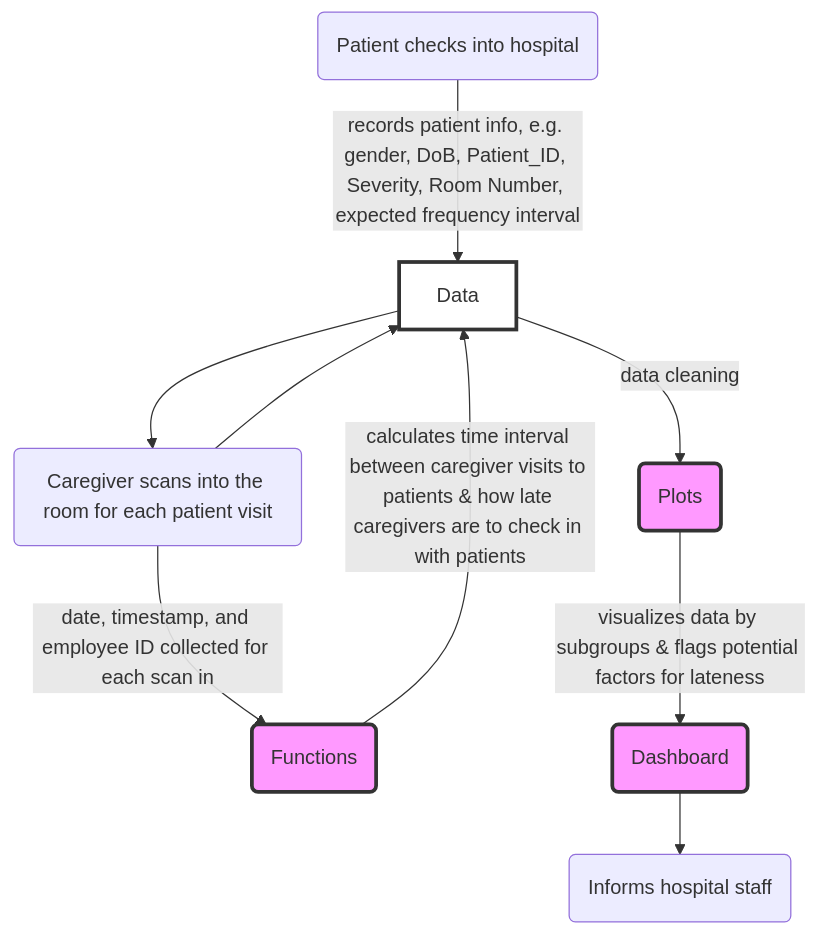
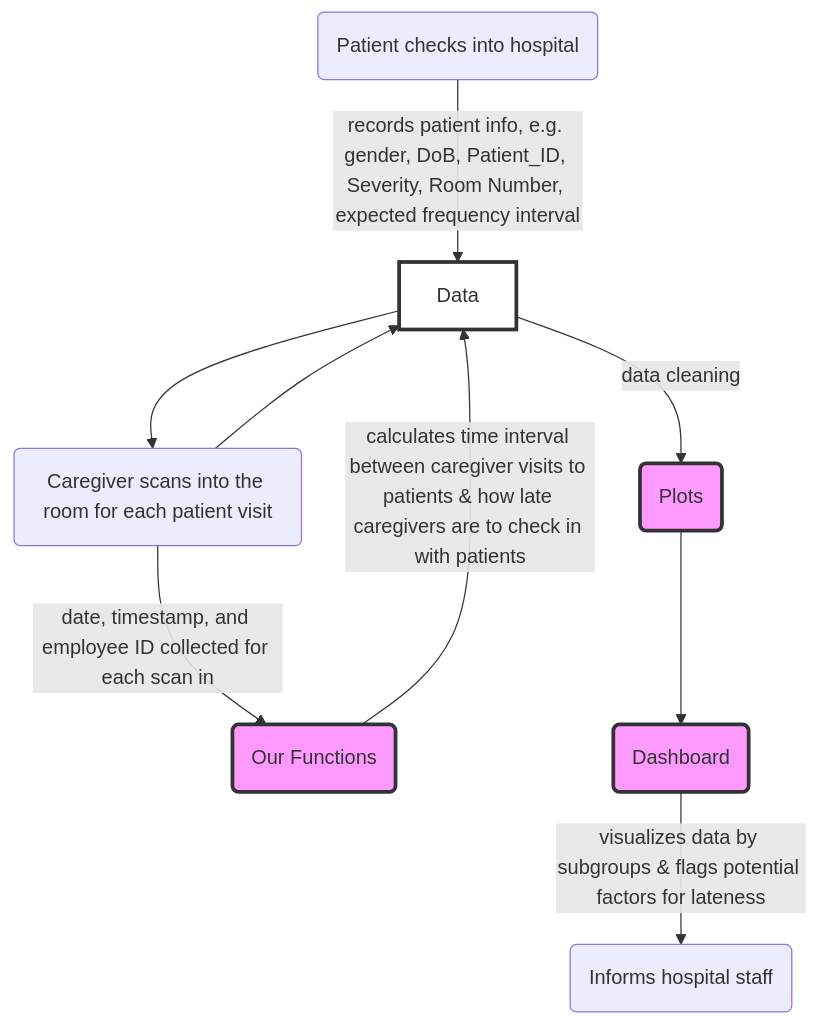
The diagram in README.md (ZibinSong/SYSEN-5300-HACKATHON---Tim-s-Left-Foot-), drawn with Mermaid before and after one commit.

```diff
--- a/README.md
+++ b/README.md
@@ -54,16 +54,16 @@
 ~~~mermaid
 flowchart TD
     A(Patient checks into hospital) -->|records patient info, e.g. gender, DoB, Patient_ID, Severity, Room Number, expected frequency interval| B[Data]
     B --> C(Caregiver scans into the room for each patient visit)
-    C --> |date, timestamp, and employee ID collected for each scan in| D(Functions)
+    C --> |date, timestamp, and employee ID collected for each scan in| D(Our Functions)
     C --> B
     D --> |calculates time interval between caregiver visits to patients & how late caregivers are to check in with patients|B
     B --> |data cleaning|E(Plots)
-    E --> |visualizes data by subgroups & flags potential factors for lateness|F(Dashboard)
-    F --> G(Informs hospital staff)
+    E --> F(Dashboard)
+    F --> |visualizes data by subgroups & flags potential factors for lateness| G(Informs hospital staff)
 
    style D fill:#f9f,stroke:#333,stroke-width:3px
       style E fill:#f9f,stroke:#333,stroke-width:3px
          style F fill:#f9f,stroke:#333,stroke-width:3px
                   style B fill:#fff,stroke:#333,stroke-width:3px
 ~~~
```
